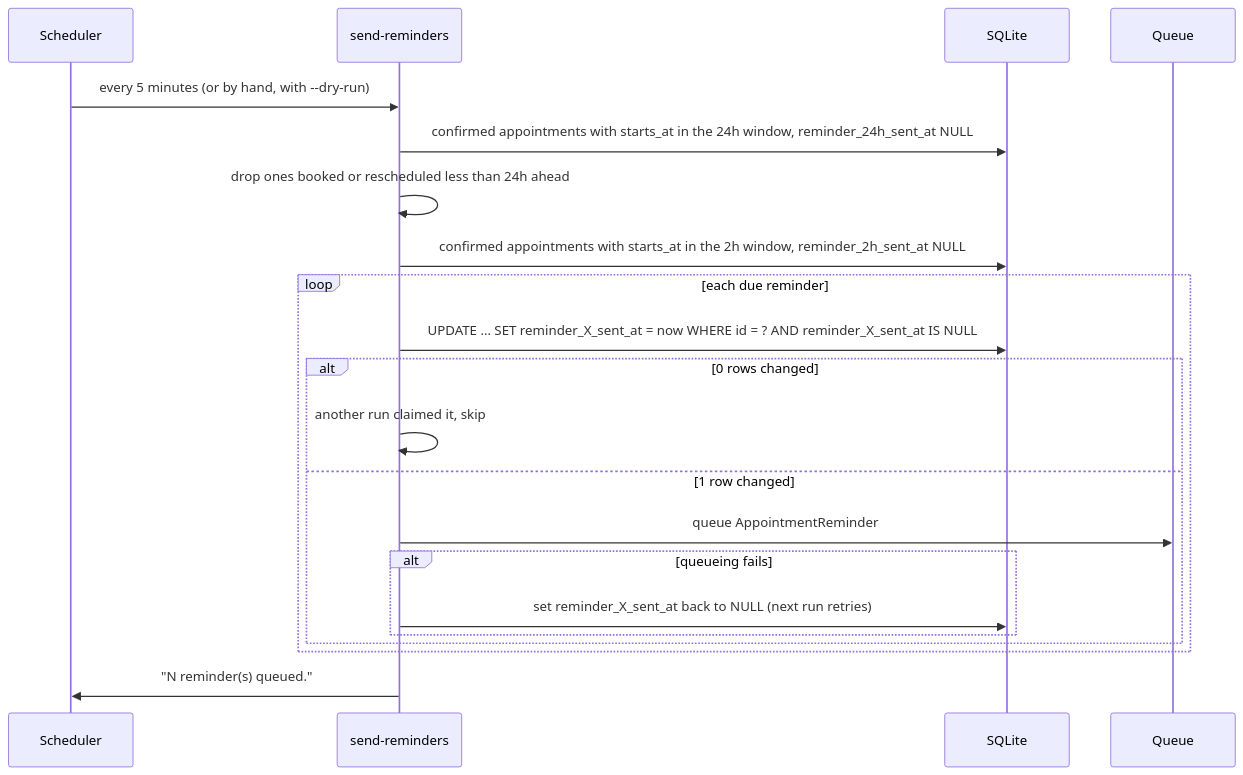
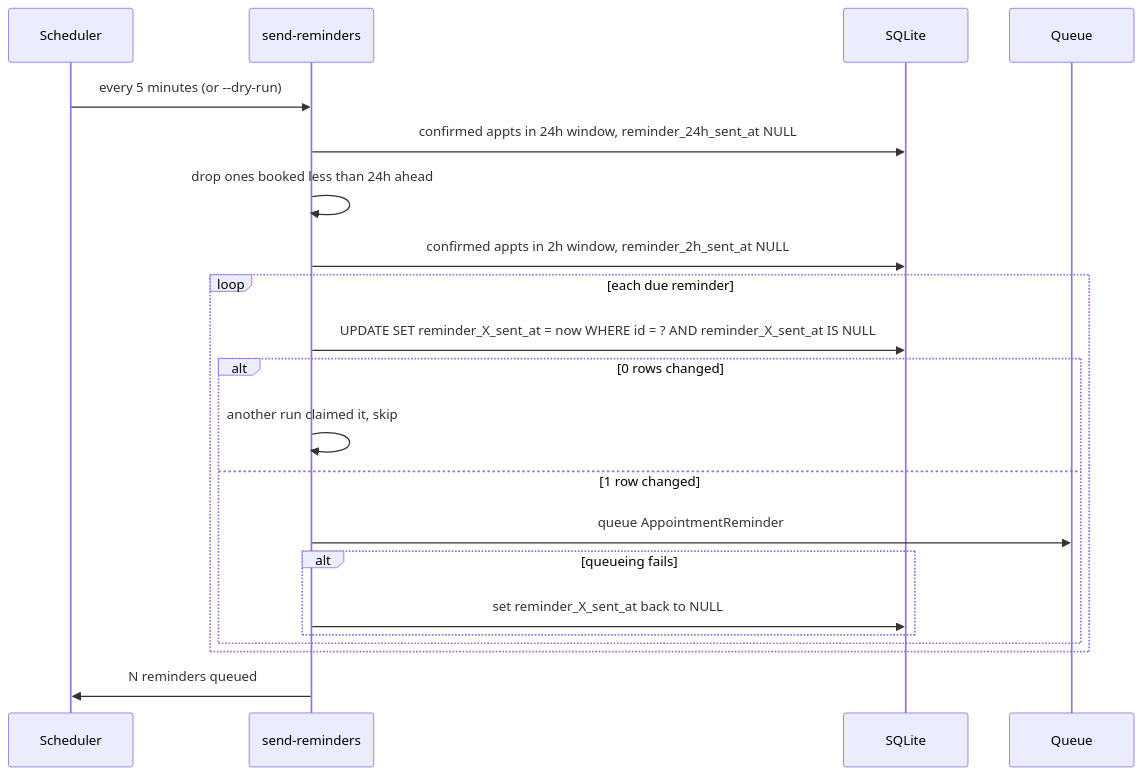
Before and after one commit to jy7lsna/laravel-appointment-reminders: the third of 3 diagrams in README.md, drawn with Mermaid. The commit also changed other lines of this file, not shown here.

Commit message:
Fix Mermaid diagrams: decode HTML entities so GitHub renders them

````diff
--- a/README.md
+++ b/README.md
@@ -128,24 +128,24 @@
 ```mermaid
 sequenceDiagram
     participant S as Scheduler
     participant R as send-reminders
     participant D as SQLite
     participant Q as Queue
 
-    S->>R: every 5 minutes (or by hand, with --dry-run)
-    R->>D: confirmed appointments with starts_at in the 24h window, reminder_24h_sent_at NULL
-    R->>R: drop ones booked or rescheduled less than 24h ahead
-    R->>D: confirmed appointments with starts_at in the 2h window, reminder_2h_sent_at NULL
+    S->>R: every 5 minutes (or --dry-run)
+    R->>D: confirmed appts in 24h window, reminder_24h_sent_at NULL
+    R->>R: drop ones booked less than 24h ahead
+    R->>D: confirmed appts in 2h window, reminder_2h_sent_at NULL
     loop each due reminder
-        R->>D: UPDATE … SET reminder_X_sent_at = now WHERE id = ? AND reminder_X_sent_at IS NULL
+        R->>D: UPDATE SET reminder_X_sent_at = now WHERE id = ? AND reminder_X_sent_at IS NULL
         alt 0 rows changed
             R->>R: another run claimed it, skip
         else 1 row changed
             R->>Q: queue AppointmentReminder
             alt queueing fails
-                R->>D: set reminder_X_sent_at back to NULL (next run retries)
+                R->>D: set reminder_X_sent_at back to NULL
             end
         end
     end
-    R->>S: "N reminder(s) queued."
+    R->>S: N reminders queued
 ```
````
